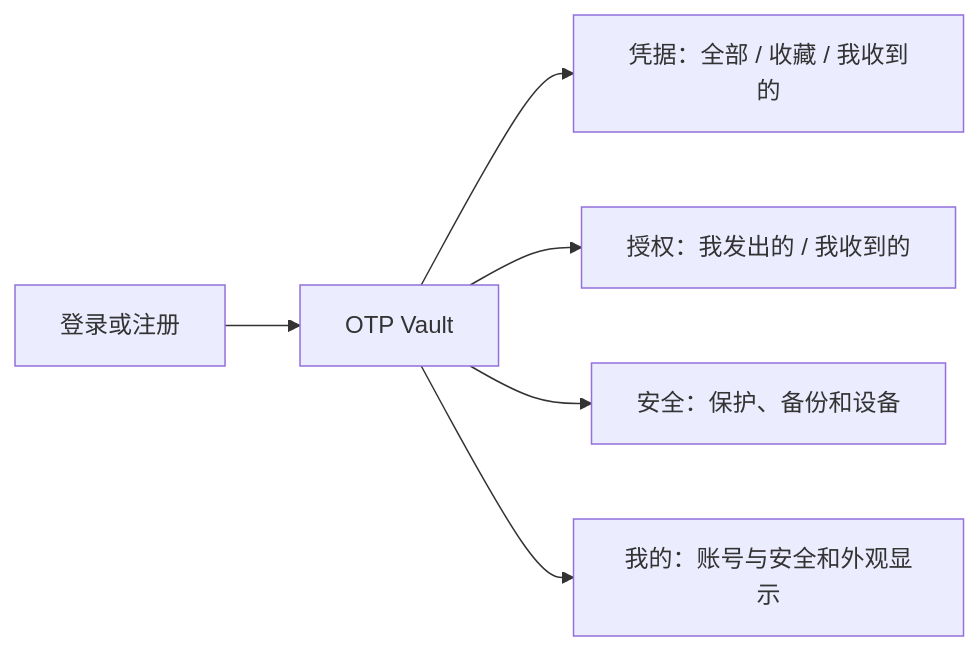
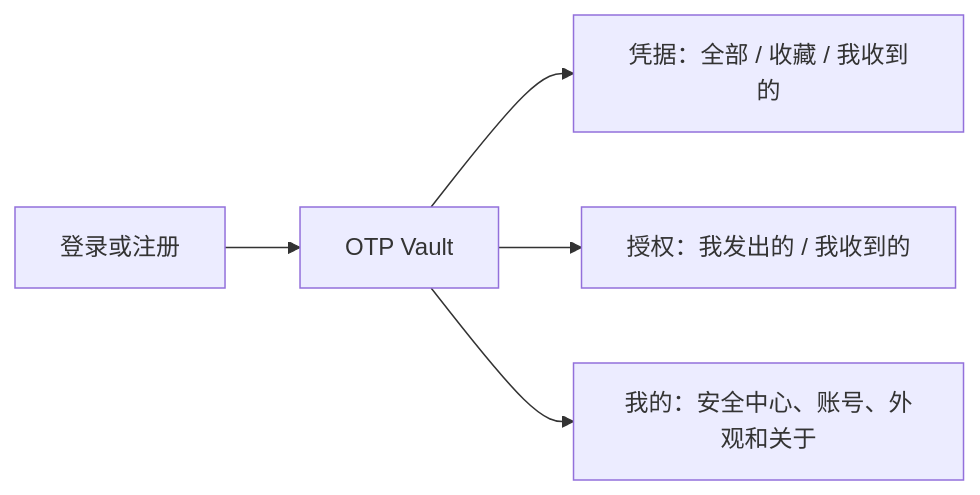
One commit to serein-morii/xb-h5 changed the first of 4 diagrams in docs/otp-vault-user-guide.md. Above: the diagram before and after it, drawn with Mermaid. The commit also changed other lines of this file and 7 other files, not shown here.

````diff
--- a/docs/otp-vault-user-guide.md
+++ b/docs/otp-vault-user-guide.md
@@ -11,8 +11,7 @@
 ```mermaid
 flowchart LR
     Login["登录或注册"] --> Vault["OTP Vault"]
     Vault --> All["凭据：全部 / 收藏 / 我收到的"]
     Vault --> Share["授权：我发出的 / 我收到的"]
-    Vault --> Security["安全：保护、备份和设备"]
-    Vault --> Settings["我的：账号与安全和外观显示"]
+    Vault --> Settings["我的：安全中心、账号、外观和关于"]
 ```
````
